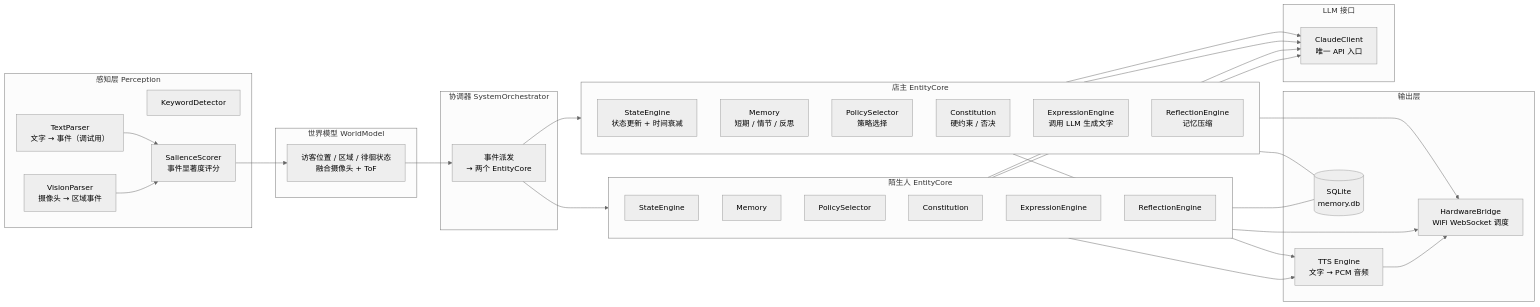
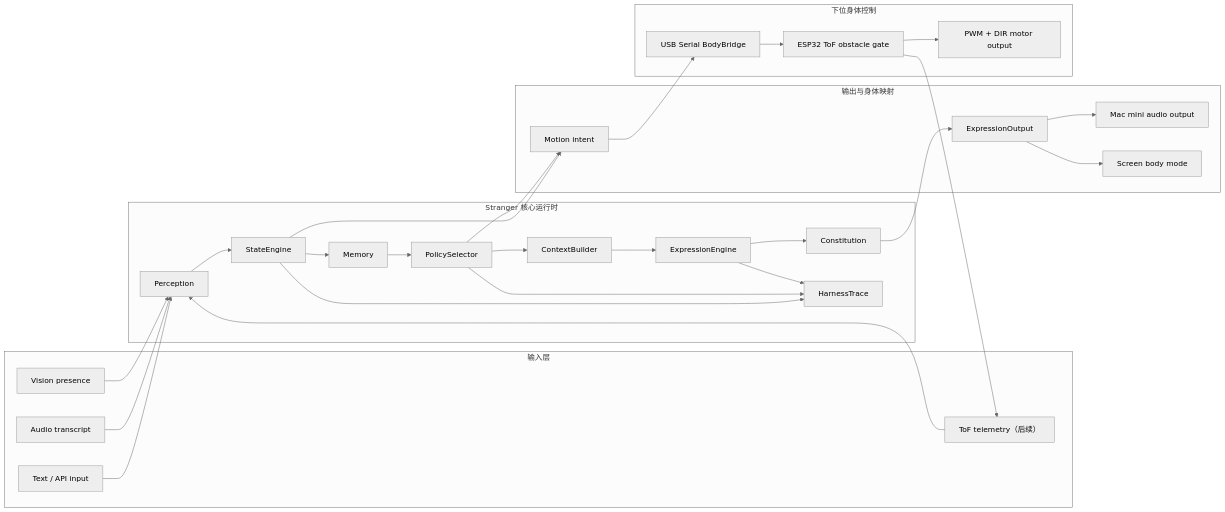
One commit to Redmad-jack/Unnamed_system changed the second of 7 diagrams in docs/references/system_logic.md. Above: the diagram before and after it, drawn with Mermaid (neutral theme). The commit also changed other lines of this file and 2 other files, not shown here.

Commit message:
Rewrite Stranger system logic doc

````diff
--- a/docs/references/system_logic.md
+++ b/docs/references/system_logic.md
@@ -169,55 +231,48 @@
 ```mermaid
 graph LR
-    subgraph PERC ["感知层 Perception"]
-        VP["VisionParser\n摄像头 → 区域事件"]
-        TP["TextParser\n文字 → 事件（调试用）"]
-        KD["KeywordDetector"]
-        SS["SalienceScorer\n事件显著度评分"]
+    subgraph INPUT ["输入层"]
+        TEXT["Text / API input"]
+        AUDIO_IN["Audio transcript"]
+        VISION["Vision presence"]
+        TOF_TEL["ToF telemetry（后续）"]
     end
 
-    subgraph WORLD ["世界模型 WorldModel"]
-        WM2["访客位置 / 区域 / 徘徊状态\n融合摄像头 + ToF"]
+    subgraph CORE ["Stranger 核心运行时"]
+        PER["Perception"]
+        ST["StateEngine"]
+        MEM["Memory"]
+        POL["PolicySelector"]
+        CTX["ContextBuilder"]
+        EXP["ExpressionEngine"]
+        CON["Constitution"]
+        HAR["HarnessTrace"]
     end
 
-    subgraph ORCH2 ["协调器 SystemOrchestrator"]
-        ORC["事件派发\n→ 两个 EntityCore"]
+    subgraph OUTPUT ["输出与身体映射"]
+        EXPO["ExpressionOutput"]
+        AUD["Mac mini audio output"]
+        SCRMODE["Screen body mode"]
+        MOTION["Motion intent"]
     end
 
-    subgraph EC_S ["店主 EntityCore"]
-        direction TB
-        STE_S["StateEngine\n状态更新 + 时间衰减"]
-        MEM_S["Memory\n短期 / 情节 / 反思"]
-        POL_S["PolicySelector\n策略选择"]
-        CON_S["Constitution\n硬约束 / 否决"]
-        EXP_S["ExpressionEngine\n调用 LLM 生成文字"]
-        REF_S["ReflectionEngine\n记忆压缩"]
+    subgraph BODY ["下位身体控制"]
+        BRIDGE["USB Serial BodyBridge"]
+        GATE["ESP32 ToF obstacle gate"]
+        MOTOR["PWM + DIR motor output"]
     end
 
-    subgraph EC_K ["陌生人 EntityCore"]
-        direction TB
-        STE_K["StateEngine"]
-        MEM_K["Memory"]
-        POL_K["PolicySelector"]
-        CON_K["Constitution"]
-        EXP_K["ExpressionEngine"]
-        REF_K["ReflectionEngine"]
-    end
-
-    subgraph OUTPUT ["输出层"]
-        TTS2["TTS Engine\n文字 → PCM 音频"]
-        HW["HardwareBridge\nWiFi WebSocket 调度"]
-        DB2[("SQLite\nmemory.db")]
-    end
-
-    subgraph LLM2 ["LLM 接口"]
-        CC["ClaudeClient\n唯一 API 入口"]
-    end
-
-    VP & TP --> SS --> WM2 --> ORC
-    ORC --> EC_S & EC_K
-    EXP_S & EXP_K --> CC
-    REF_S & REF_K --> CC
-    EC_S & EC_K --> TTS2 --> HW
-    EC_S & EC_K --> HW
-    EC_S & EC_K --- DB2
+    TEXT --> PER
+    AUDIO_IN --> PER
+    VISION --> PER
+    TOF_TEL --> PER
+    PER --> ST --> MEM --> POL --> CTX --> EXP --> CON --> EXPO
+    ST --> HAR
+    POL --> HAR
+    EXP --> HAR
+    EXPO --> AUD
+    EXPO --> SCRMODE
+    ST --> MOTION
+    POL --> MOTION
+    MOTION --> BRIDGE --> GATE --> MOTOR
+    GATE --> TOF_TEL
 ```
````
